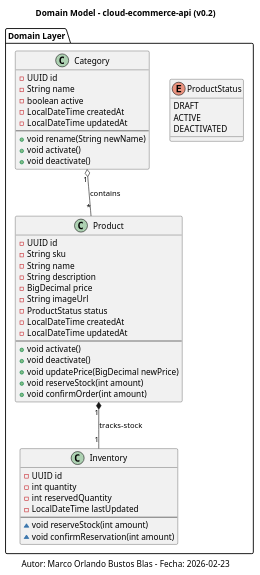
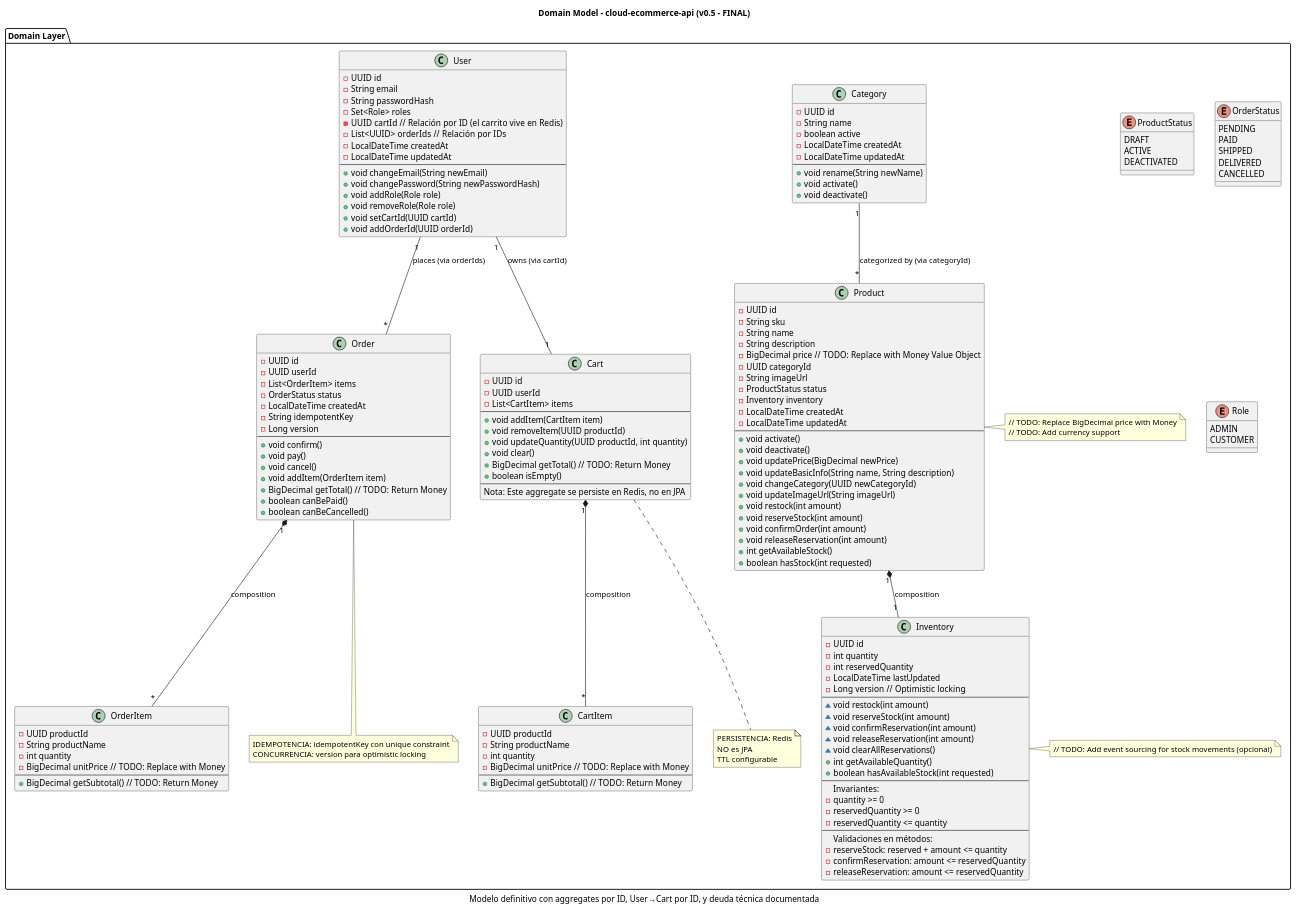
The diagram in docs/diagrams/domain-model.puml (marcobustosblas/cloud-ecommerce-api), drawn with PlantUML before and after one commit. The commit also changed 1 other file, not shown here.

Commit message:
refactor(domain): finalize domain model v0.5

```diff
--- a/docs/diagrams/domain-model.puml
+++ b/docs/diagrams/domain-model.puml
@@ -1,56 +1,189 @@
 @startuml
-title Domain Model - cloud-ecommerce-api (v0.2)
-caption Autor: Marco Orlando Bustos Blas - Fecha: 2026-02-23
+title Domain Model - cloud-ecommerce-api (v0.5 - FINAL)
+caption Autor: Marco Orlando Bustos Blas - Fecha: 2026-03-25
+caption Modelo definitivo con aggregates por ID, User→Cart por ID, y deuda técnica documentada
 
 package "Domain Layer" {
 
     enum ProductStatus {
         DRAFT
         ACTIVE
         DEACTIVATED
     }
 
     class Product {
-        -UUID id
-        -String sku
-        -String name
-        -String description
-        -BigDecimal price
-        -String imageUrl
-        -ProductStatus status
-        -LocalDateTime createdAt
-        -LocalDateTime updatedAt
+        - UUID id
+        - String sku
+        - String name
+        - String description
+        - BigDecimal price  // TODO: Replace with Money Value Object
+        - UUID categoryId
+        - String imageUrl
+        - ProductStatus status
+        - Inventory inventory
+        - LocalDateTime createdAt
+        - LocalDateTime updatedAt
         ---
-        +void activate()
-        +void deactivate()
-        +void updatePrice(BigDecimal newPrice)
-        +void reserveStock(int amount)
-        +void confirmOrder(int amount)
+        + void activate()
+        + void deactivate()
+        + void updatePrice(BigDecimal newPrice)
+        + void updateBasicInfo(String name, String description)
+        + void changeCategory(UUID newCategoryId)
+        + void updateImageUrl(String imageUrl)
+        + void restock(int amount)
+        + void reserveStock(int amount)
+        + void confirmOrder(int amount)
+        + void releaseReservation(int amount)
+        + int getAvailableStock()
+        + boolean hasStock(int requested)
     }
 
     class Category {
-        -UUID id
-        -String name
-        -boolean active
-        -LocalDateTime createdAt
-        -LocalDateTime updatedAt
+        - UUID id
+        - String name
+        - boolean active
+        - LocalDateTime createdAt
+        - LocalDateTime updatedAt
         ---
-        +void rename(String newName)
-        +void activate()
-        +void deactivate()
+        + void rename(String newName)
+        + void activate()
+        + void deactivate()
     }
 
     class Inventory {
-        -UUID id
-        -int quantity
-        -int reservedQuantity
-        -LocalDateTime lastUpdated
+        - UUID id
+        - int quantity
+        - int reservedQuantity
+        - LocalDateTime lastUpdated
+        - Long version  // Optimistic locking
         ---
-        ~void reserveStock(int amount)
-        ~void confirmReservation(int amount)
+        ~ void restock(int amount)
+        ~ void reserveStock(int amount)
+        ~ void confirmReservation(int amount)
+        ~ void releaseReservation(int amount)
+        ~ void clearAllReservations()
+        + int getAvailableQuantity()
+        + boolean hasAvailableStock(int requested)
+        --
+        Invariantes:
+        - quantity >= 0
+        - reservedQuantity >= 0
+        - reservedQuantity <= quantity
+        --
+        Validaciones en métodos:
+        - reserveStock: reserved + amount <= quantity
+        - confirmReservation: amount <= reservedQuantity
+        - releaseReservation: amount <= reservedQuantity
     }
 
-    Category "1" o-- "*" Product : contains
-    Product "1" *-- "1" Inventory : tracks-stock
+    enum OrderStatus {
+        PENDING
+        PAID
+        SHIPPED
+        DELIVERED
+        CANCELLED
+    }
+
+    class Order {
+        - UUID id
+        - UUID userId
+        - List<OrderItem> items
+        - OrderStatus status
+        - LocalDateTime createdAt
+        - String idempotentKey
+        - Long version
+        ---
+        + void confirm()
+        + void pay()
+        + void cancel()
+        + void addItem(OrderItem item)
+        + BigDecimal getTotal()  // TODO: Return Money
+        + boolean canBePaid()
+        + boolean canBeCancelled()
+    }
+
+    class OrderItem {
+        - UUID productId
+        - String productName
+        - int quantity
+        - BigDecimal unitPrice  // TODO: Replace with Money
+        ---
+        + BigDecimal getSubtotal()  // TODO: Return Money
+    }
+
+    class Cart {
+        - UUID id
+        - UUID userId
+        - List<CartItem> items
+        ---
+        + void addItem(CartItem item)
+        + void removeItem(UUID productId)
+        + void updateQuantity(UUID productId, int quantity)
+        + void clear()
+        + BigDecimal getTotal()  // TODO: Return Money
+        + boolean isEmpty()
+        --
+        Nota: Este aggregate se persiste en Redis, no en JPA
+    }
+
+    class CartItem {
+        - UUID productId
+        - String productName
+        - int quantity
+        - BigDecimal unitPrice  // TODO: Replace with Money
+        ---
+        + BigDecimal getSubtotal()  // TODO: Return Money
+    }
+
+    enum Role {
+        ADMIN
+        CUSTOMER
+    }
+
+    class User {
+        - UUID id
+        - String email
+        - String passwordHash
+        - Set<Role> roles
+        - UUID cartId  // Relación por ID (el carrito vive en Redis)
+        - List<UUID> orderIds  // Relación por IDs
+        - LocalDateTime createdAt
+        - LocalDateTime updatedAt
+        ---
+        + void changeEmail(String newEmail)
+        + void changePassword(String newPasswordHash)
+        + void addRole(Role role)
+        + void removeRole(Role role)
+        + void setCartId(UUID cartId)
+        + void addOrderId(UUID orderId)
+    }
+
+    ' Relaciones (DEFINITIVAS)
+    Category "1" -- "*" Product : categorized by (via categoryId)
+    Product "1" *-- "1" Inventory : composition
+    User "1" -- "1" Cart : owns (via cartId)
+    User "1" -- "*" Order : places (via orderIds)
+    Order "1" *-- "*" OrderItem : composition
+    Cart "1" *-- "*" CartItem : composition
+
+    note right of Product
+        // TODO: Replace BigDecimal price with Money
+        // TODO: Add currency support
+    end note
+
+    note bottom of Cart
+        PERSISTENCIA: Redis
+        NO es JPA
+        TTL configurable
+    end note
+
+    note bottom of Order
+        IDEMPOTENCIA: idempotentKey con unique constraint
+        CONCURRENCIA: version para optimistic locking
+    end note
+
+    note right of Inventory
+        // TODO: Add event sourcing for stock movements (opcional)
+    end note
 }
 @enduml
```
